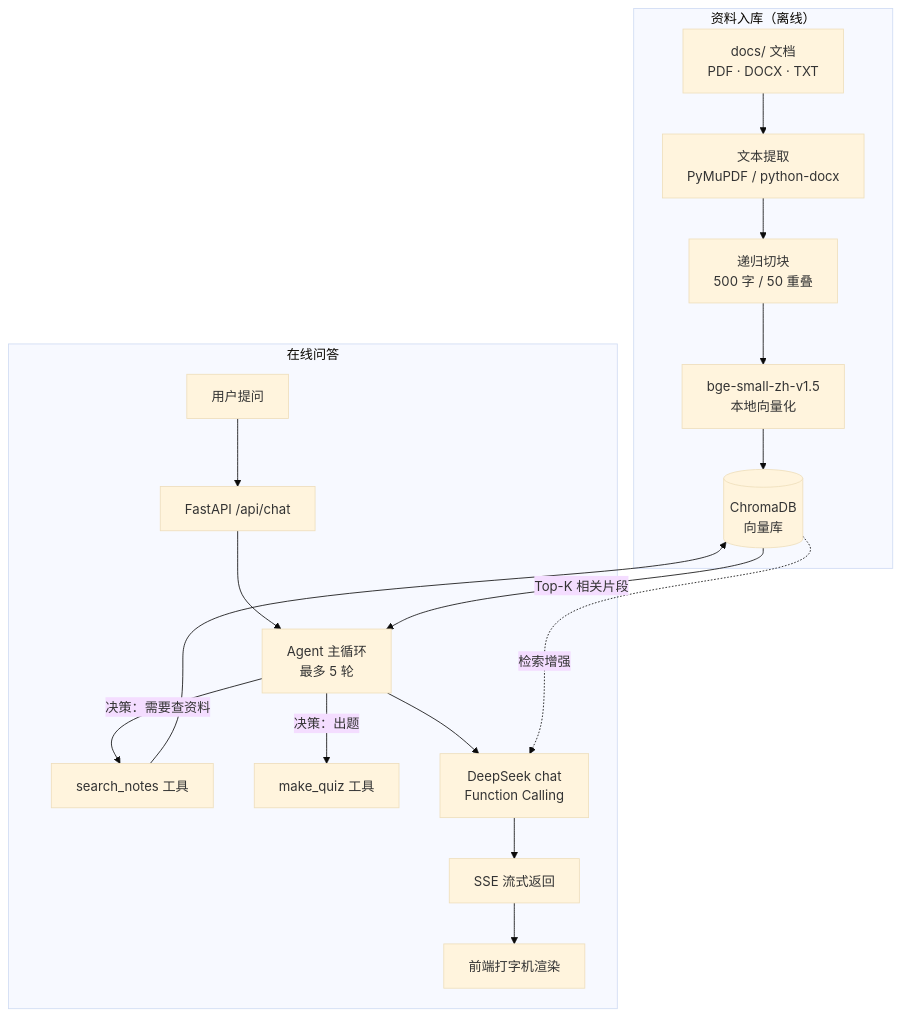
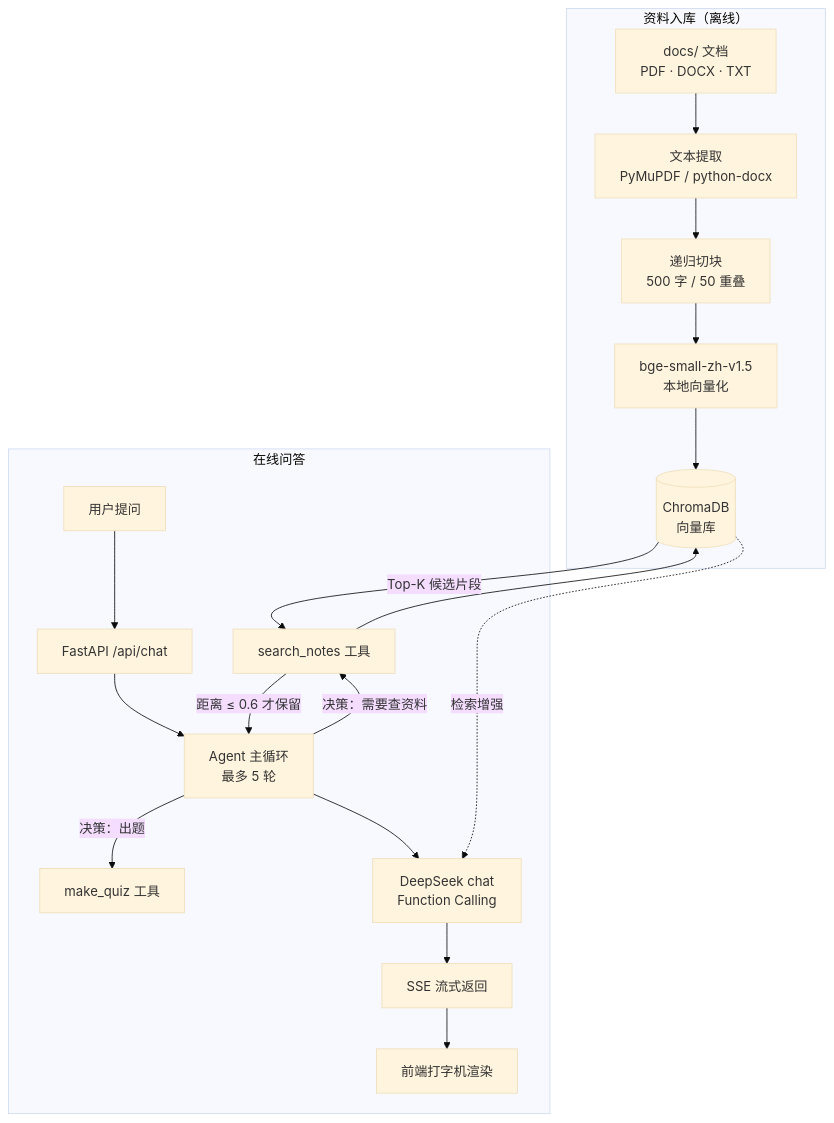
One commit to lujin555/study-agent changed the diagram in README.md. Above: the diagram before and after it, drawn with Mermaid (base theme). The commit also changed other lines of this file and 4 other files, not shown here.

````diff
--- a/README.md
+++ b/README.md
@@ -26,23 +26,24 @@
 ```mermaid
 flowchart TB
     subgraph ingest["资料入库（离线）"]
         D1["docs/ 文档<br/>PDF · DOCX · TXT"] --> D2["文本提取<br/>PyMuPDF / python-docx"]
         D2 --> D3["递归切块<br/>500 字 / 50 重叠"]
         D3 --> D4["bge-small-zh-v1.5<br/>本地向量化"]
         D4 --> DB[("ChromaDB<br/>向量库")]
     end
 
     subgraph online["在线问答"]
         U["用户提问"] --> API["FastAPI /api/chat"]
         API --> AG["Agent 主循环<br/>最多 5 轮"]
         AG -->|"决策：需要查资料"| SR["search_notes 工具"]
         SR --> DB
-        DB -->|"Top-K 相关片段"| AG
+        DB -->|"Top-K 候选片段"| SR
+        SR -->|"距离 ≤ 0.6 才保留"| AG
         AG -->|"决策：出题"| MQ["make_quiz 工具"]
         AG --> LLM["DeepSeek chat<br/>Function Calling"]
         LLM --> SSE["SSE 流式返回"]
         SSE --> FE["前端打字机渲染"]
     end
 
     DB -.->|"检索增强"| LLM
 ```
````
